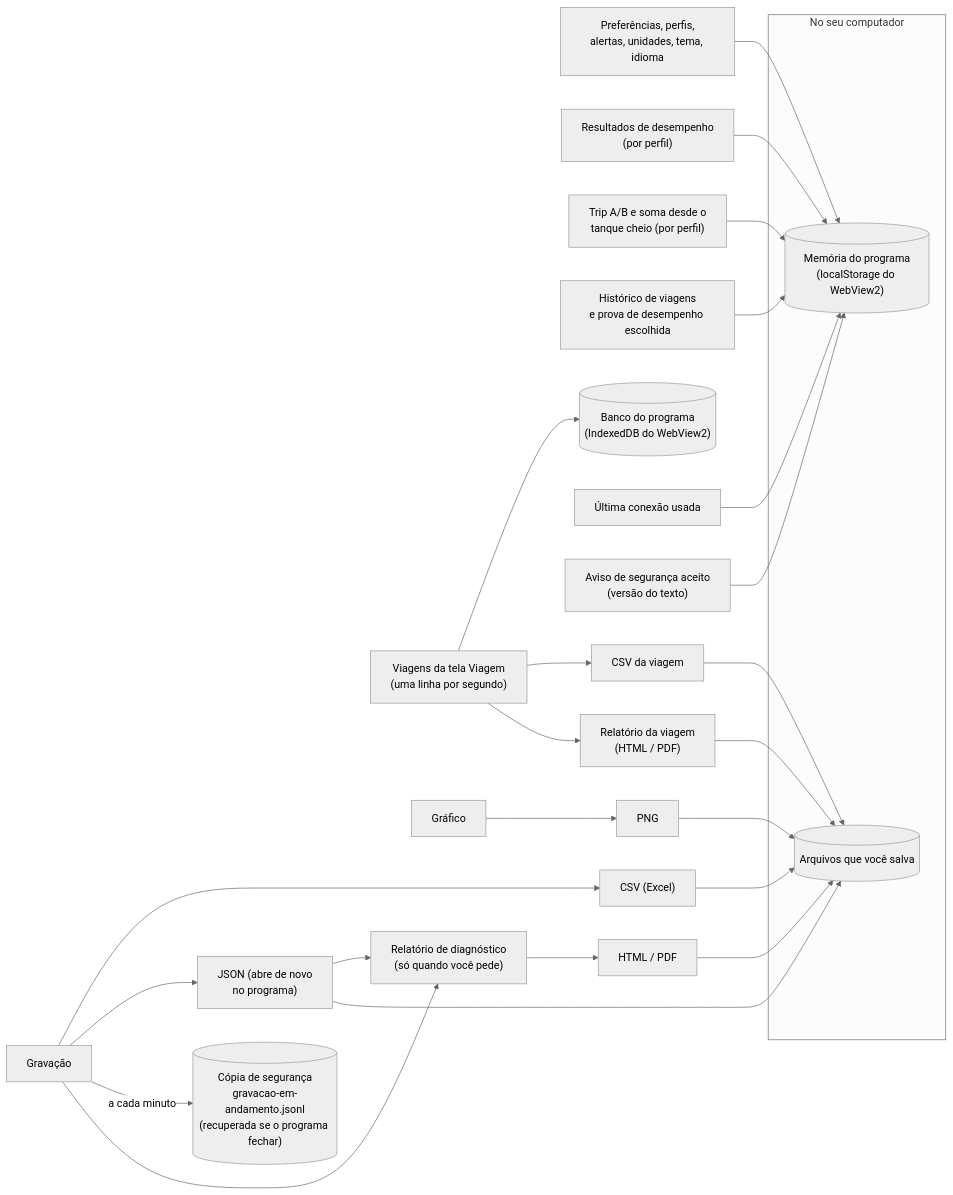
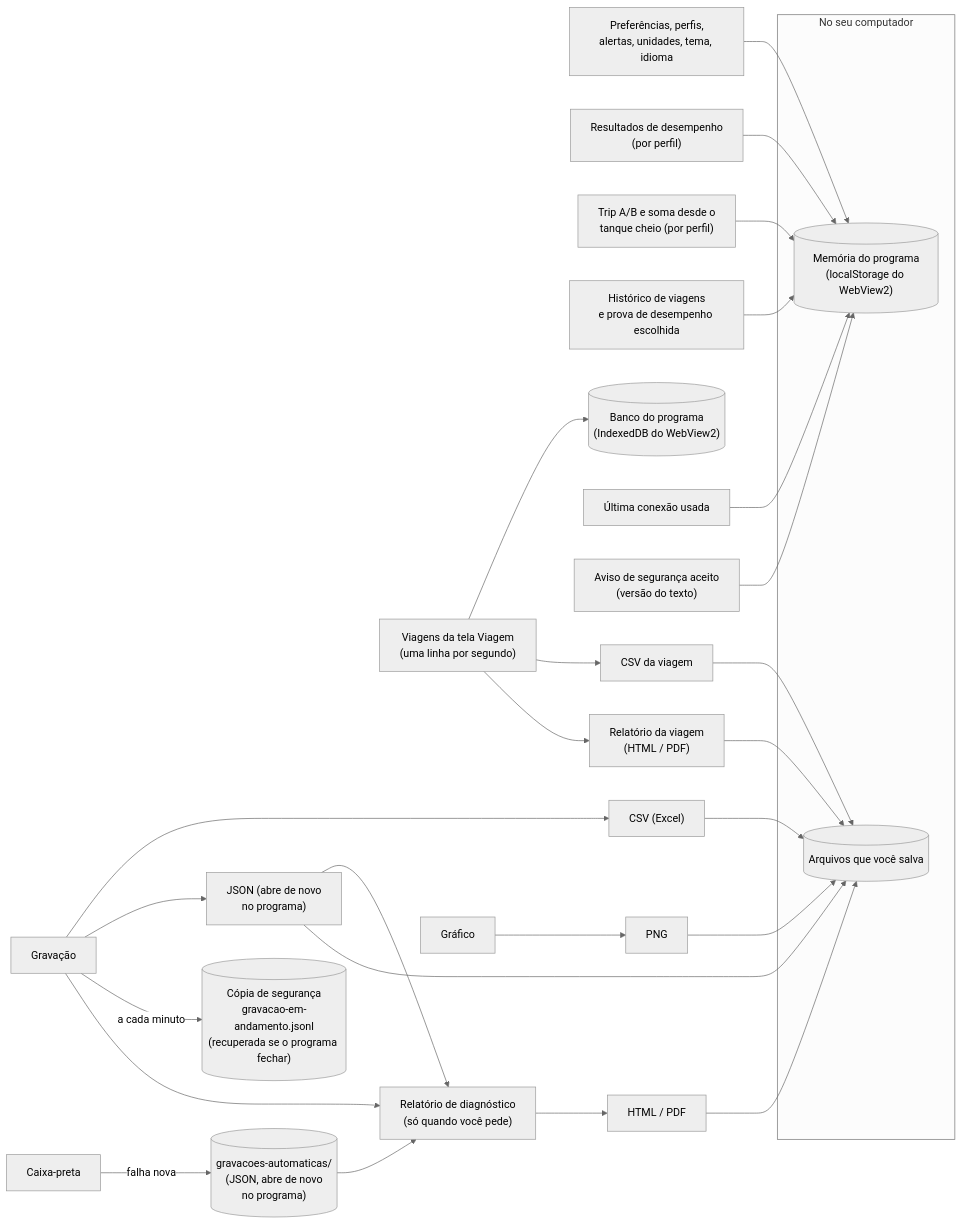
Before and after one commit to samuvieceli/obd2-scanner: diagram 19 of 23 in docs/DIAGRAMAS.md, drawn with Mermaid (neutral theme). The commit also changed other lines of this file and 33 other files, not shown here.

First line of the commit message:
Caixa-preta: gravação automática de 2 min antes e 2 min depois de uma falha (#54)

````diff
--- a/docs/DIAGRAMAS.md
+++ b/docs/DIAGRAMAS.md
@@ -505,22 +505,24 @@
 ```mermaid
 flowchart LR
     subgraph pc["No seu computador"]
         ls[("Memória do programa<br/>(localStorage do WebView2)")]
         files[("Arquivos que você salva")]
     end
     prefs["Preferências, perfis,<br/>alertas, unidades, tema, idioma"] --> ls
     perfres["Resultados de desempenho<br/>(por perfil)"] --> ls
     fillsum["Trip A/B e soma desde o<br/>tanque cheio (por perfil)"] --> ls
     drv["Histórico de viagens<br/>e prova de desempenho escolhida"] --> ls
     jrn["Viagens da tela Viagem<br/>(uma linha por segundo)"] --> idb[("Banco do programa<br/>(IndexedDB do WebView2)")]
     conn["Última conexão usada"] --> ls
     aviso["Aviso de segurança aceito<br/>(versão do texto)"] --> ls
     rec["Gravação"] --> csv["CSV (Excel)"] & json["JSON (abre de novo<br/>no programa)"]
     rec -- "a cada minuto" --> backup[("Cópia de segurança<br/>gravacao-em-andamento.jsonl<br/>(recuperada se o programa fechar)")]
+    bb["Caixa-preta"] -- "falha nova" --> auto[("gravacoes-automaticas/<br/>(JSON, abre de novo<br/>no programa)")]
+    auto --> report
     chart["Gráfico"] --> png["PNG"]
     jrn --> jcsv["CSV da viagem"] & jhtml["Relatório da viagem<br/>(HTML / PDF)"]
     rec --> report["Relatório de diagnóstico<br/>(só quando você pede)"]
     json --> report
     report --> html["HTML / PDF"]
     csv & json & png & html & jcsv & jhtml --> files
 ```
````
